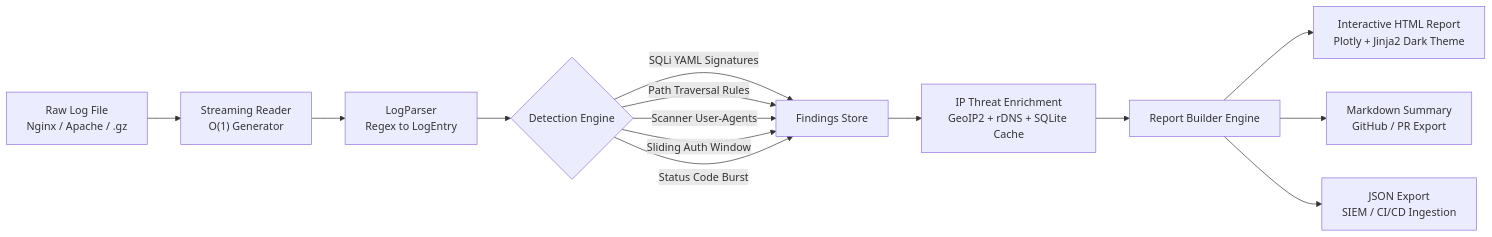
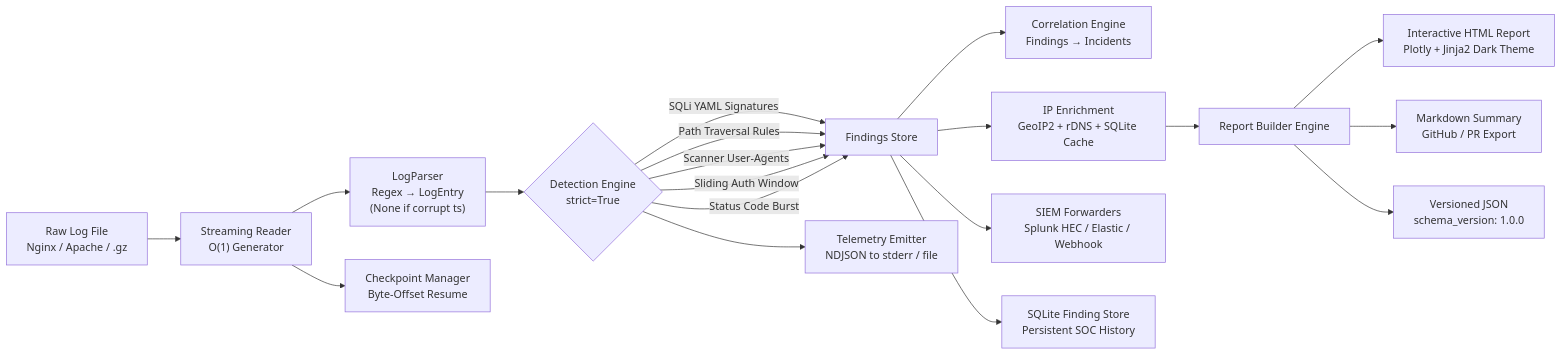
The diagram in Automated Log Parser & Threat Report Generator/README.md (Yogesht1520/Security-Engineering-Portfolio), drawn with Mermaid before and after one commit. The commit also changed other lines of this file and 35 other files, not shown here.

````diff
--- a/Automated Log Parser & Threat Report Generator/README.md
+++ b/Automated Log Parser & Threat Report Generator/README.md
@@ -29,16 +46,21 @@
 ```mermaid
 flowchart LR
     A["Raw Log File<br/>Nginx / Apache / .gz"] --> B["Streaming Reader<br/>O(1) Generator"]
-    B --> C["LogParser<br/>Regex to LogEntry"]
-    C --> D{"Detection Engine"}
+    B --> C["LogParser<br/>Regex → LogEntry<br/>(None if corrupt ts)"]
+    C --> D{"Detection Engine<br/>strict=True"}
     D -->|"SQLi YAML Signatures"| E["Findings Store"]
     D -->|"Path Traversal Rules"| E
     D -->|"Scanner User-Agents"| E
     D -->|"Sliding Auth Window"| E
     D -->|"Status Code Burst"| E
-    E --> F["IP Threat Enrichment<br/>GeoIP2 + rDNS + SQLite Cache"]
-    F --> G["Report Builder Engine"]
-    G --> H["Interactive HTML Report<br/>Plotly + Jinja2 Dark Theme"]
-    G --> I["Markdown Summary<br/>GitHub / PR Export"]
-    G --> J["JSON Export<br/>SIEM / CI/CD Ingestion"]
+    E --> F["Correlation Engine<br/>Findings → Incidents"]
+    E --> G["IP Enrichment<br/>GeoIP2 + rDNS + SQLite Cache"]
+    G --> H["Report Builder Engine"]
+    H --> I["Interactive HTML Report<br/>Plotly + Jinja2 Dark Theme"]
+    H --> J["Markdown Summary<br/>GitHub / PR Export"]
+    H --> K["Versioned JSON<br/>schema_version: 1.0.0"]
+    E --> L["SIEM Forwarders<br/>Splunk HEC / Elastic / Webhook"]
+    E --> M["SQLite Finding Store<br/>Persistent SOC History"]
+    B --> N["Checkpoint Manager<br/>Byte-Offset Resume"]
+    D --> O["Telemetry Emitter<br/>NDJSON to stderr / file"]
 ```
````
